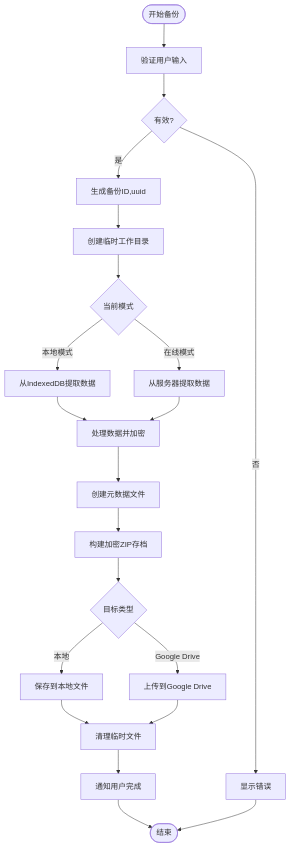
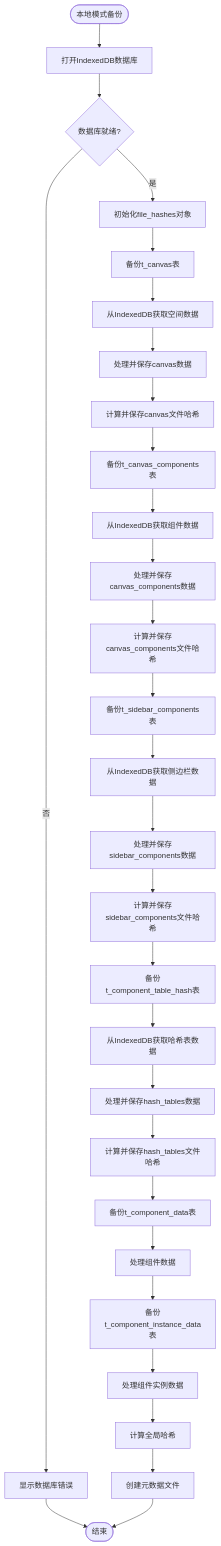
The diagram in all/未命名-56.md (yingjianzh/iodraw-files), drawn with Mermaid before and after one commit.

Commit message:
2025-05-12 14:12:16 update

````diff
--- a/all/未命名-56.md
+++ b/all/未命名-56.md
@@ -1,33 +1,44 @@
 ```mermaid
 
 flowchart TD
-    Start([开始备份]) --> ValidateInput[验证用户输入]
-    ValidateInput --> InputValid{有效?}
-    InputValid -->|否| ShowError[显示错误]
-    InputValid -->|是| GenerateBackupID[生成备份ID,uuid]
+    Start([本地模式备份]) --> OpenDB[打开IndexedDB数据库]
+    OpenDB --> DBReady{数据库就绪?}
     
-    GenerateBackupID --> CreateTemp[创建临时工作目录]
+    DBReady -->|否| ShowDBError[显示数据库错误]
+    DBReady -->|是| InitHashObject[初始化file_hashes对象]
     
-    CreateTemp --> CheckMode{当前模式}
-    CheckMode -->|本地模式| ExtractFromIndexedDB[从IndexedDB提取数据]
-    CheckMode -->|在线模式| ExtractFromServer[从服务器提取数据]
+    ShowDBError --> End([结束])
     
-    ExtractFromIndexedDB --> ProcessData[处理数据并加密]
-    ExtractFromServer --> ProcessData
+    InitHashObject --> BackupCanvas[备份t_canvas表]
+    BackupCanvas --> GetCanvasFromDB[从IndexedDB获取空间数据]
+    GetCanvasFromDB --> ProcessCanvasFile[处理并保存canvas数据]
+    ProcessCanvasFile --> AddCanvasHash[计算并保存canvas文件哈希]
     
-    ProcessData --> CreateMetadata[创建元数据文件]
-    CreateMetadata --> BuildArchive[构建加密ZIP存档]
+    AddCanvasHash --> BackupCanvasComps[备份t_canvas_components表]
+    BackupCanvasComps --> GetCanvasCompsFromDB[从IndexedDB获取组件数据]
+    GetCanvasCompsFromDB --> ProcessCanvasCompsFile[处理并保存canvas_components数据]
+    ProcessCanvasCompsFile --> AddCanvasCompsHash[计算并保存canvas_components文件哈希]
     
-    BuildArchive --> DestinationType{目标类型}
-    DestinationType -->|本地| SaveToLocal[保存到本地文件]
-    DestinationType -->|Google Drive| UploadToGDrive[上传到Google Drive]
+    AddCanvasCompsHash --> BackupSidebarComps[备份t_sidebar_components表]
+    BackupSidebarComps --> GetSidebarCompsFromDB[从IndexedDB获取侧边栏数据]
+    GetSidebarCompsFromDB --> ProcessSidebarCompsFile[处理并保存sidebar_components数据]
+    ProcessSidebarCompsFile --> AddSidebarCompsHash[计算并保存sidebar_components文件哈希]
     
-    SaveToLocal --> CleanupTemp[清理临时文件]
-    UploadToGDrive --> CleanupTemp
+    AddSidebarCompsHash --> BackupHashTables[备份t_component_table_hash表]
+    BackupHashTables --> GetHashTablesFromDB[从IndexedDB获取哈希表数据]
+    GetHashTablesFromDB --> ProcessHashTablesFile[处理并保存hash_tables数据]
+    ProcessHashTablesFile --> AddHashTablesHash[计算并保存hash_tables文件哈希]
     
-    CleanupTemp --> NotifyUser[通知用户完成]
-    NotifyUser --> End([结束])
+    AddHashTablesHash --> BackupCompData[备份t_component_data表]
+    BackupCompData --> ProcessCompData[处理组件数据]
     
-    ShowError --> End
+    ProcessCompData --> BackupInstData[备份t_component_instance_data表]
+    BackupInstData --> ProcessInstData[处理组件实例数据]
+    
+    ProcessInstData --> CalculateGlobalHash[计算全局哈希]
+    CalculateGlobalHash --> CreateMetadataFile[创建元数据文件]
+    
+    CreateMetadataFile --> End
+
 
 ```
````
